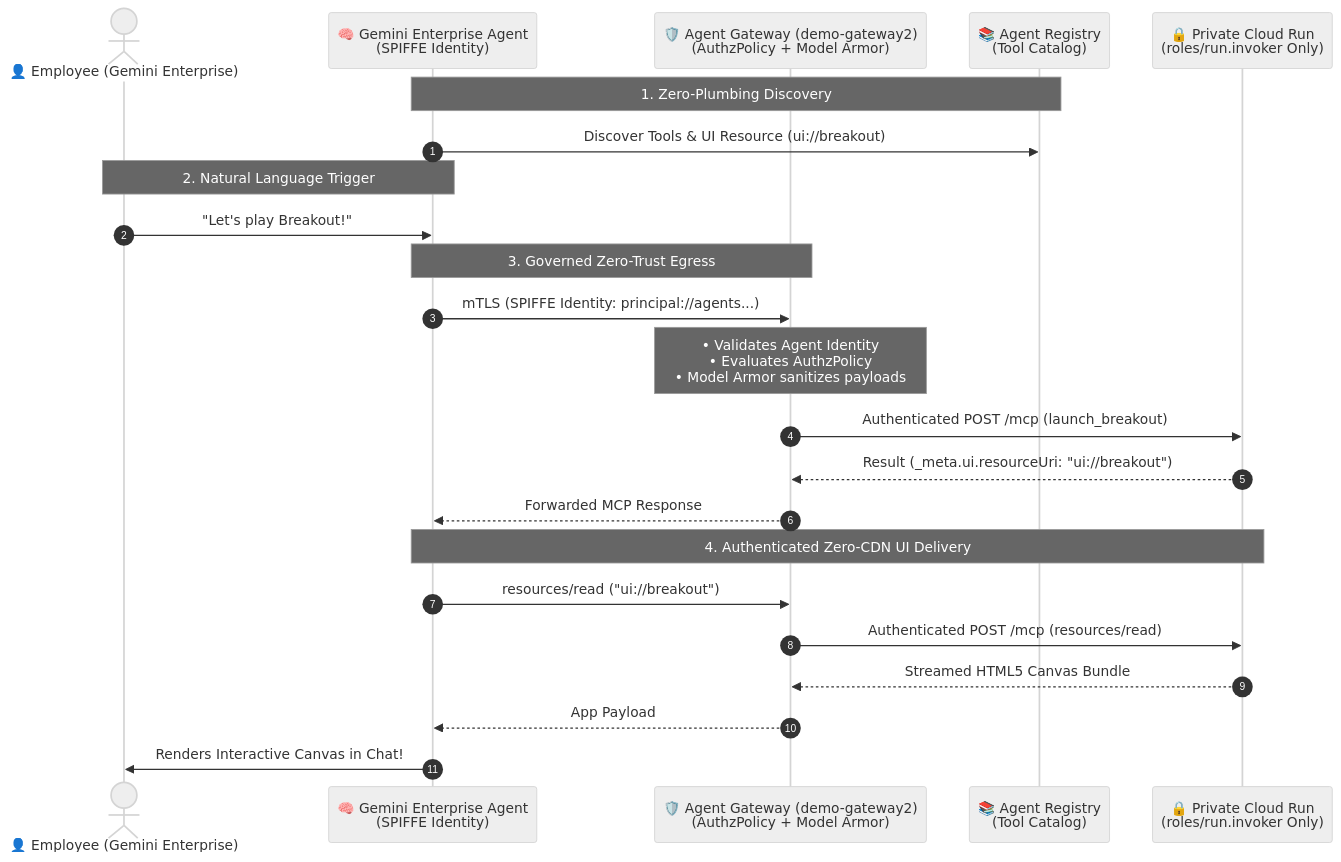
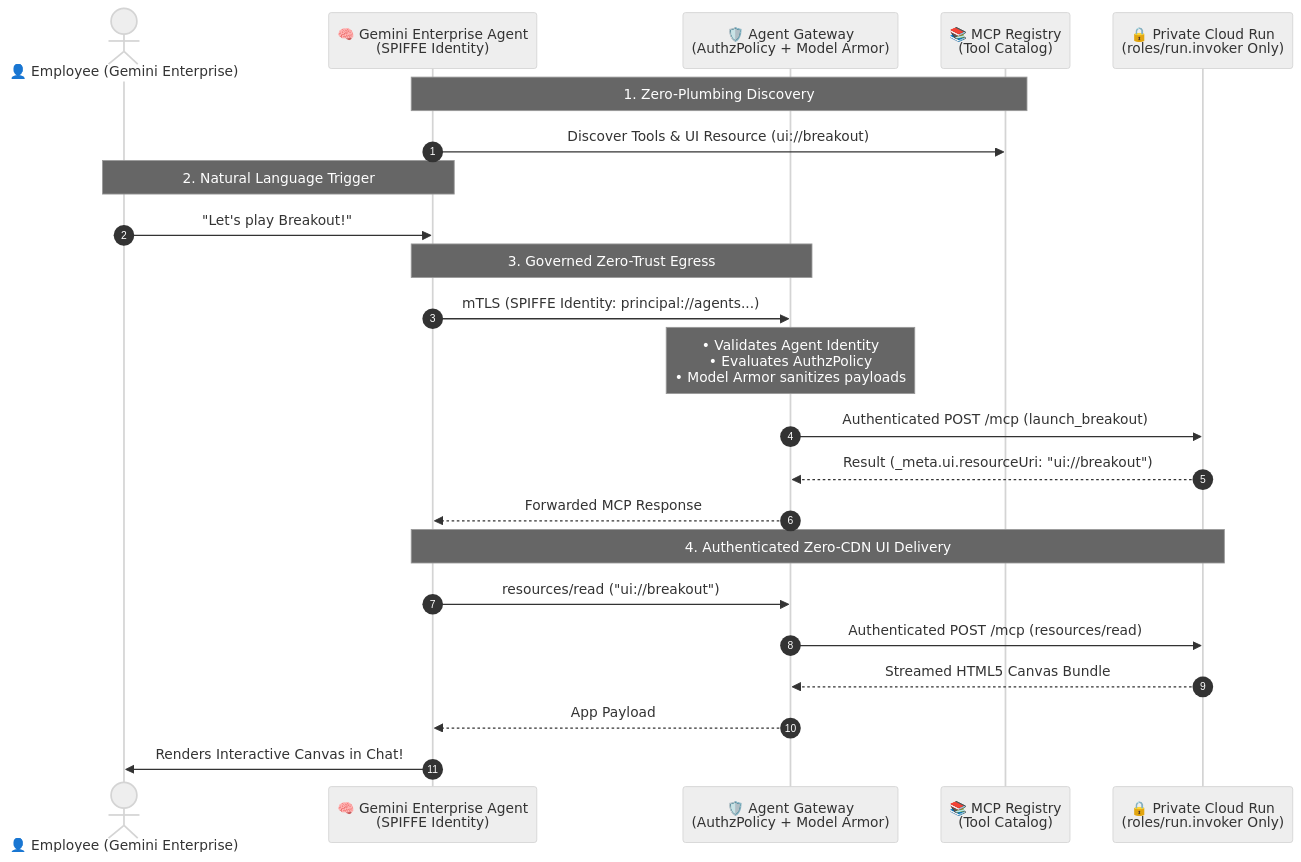
One commit to spaulds/mcp-app-breakout-ge changed the diagram in README.md. Above: the diagram before and after it, drawn with Mermaid (neutral theme). The commit also changed other lines of this file and 1 other file, not shown here.

Commit message:
docs: remove specific gateway names, adopt MCP Registry console naming, and document regionality requirements

````diff
--- a/README.md
+++ b/README.md
@@ -14,29 +14,29 @@
 ```mermaid
 sequenceDiagram
     autonumber
     actor User as 👤 Employee (Gemini Enterprise)
     participant GE as 🧠 Gemini Enterprise Agent<br/>(SPIFFE Identity)
-    participant AGW as 🛡️ Agent Gateway (demo-gateway2)<br/>(AuthzPolicy + Model Armor)
-    participant REG as 📚 Agent Registry<br/>(Tool Catalog)
+    participant AGW as 🛡️ Agent Gateway<br/>(AuthzPolicy + Model Armor)
+    participant REG as 📚 MCP Registry<br/>(Tool Catalog)
     participant CR as 🔒 Private Cloud Run<br/>(roles/run.invoker Only)
 
     Note over GE,REG: 1. Zero-Plumbing Discovery
     GE->>REG: Discover Tools & UI Resource (ui://breakout)
     
     Note over User,GE: 2. Natural Language Trigger
     User->>GE: "Let's play Breakout!"
     
     Note over GE,AGW: 3. Governed Zero-Trust Egress
     GE->>AGW: mTLS (SPIFFE Identity: principal://agents...)
     Note over AGW: • Validates Agent Identity<br/>• Evaluates AuthzPolicy<br/>• Model Armor sanitizes payloads
     AGW->>CR: Authenticated POST /mcp (launch_breakout)
     CR-->>AGW: Result (_meta.ui.resourceUri: "ui://breakout")
     AGW-->>GE: Forwarded MCP Response
 
     Note over GE,CR: 4. Authenticated Zero-CDN UI Delivery
     GE->>AGW: resources/read ("ui://breakout")
     AGW->>CR: Authenticated POST /mcp (resources/read)
     CR-->>AGW: Streamed HTML5 Canvas Bundle
     AGW-->>GE: App Payload
     GE->>User: Renders Interactive Canvas in Chat!
 ```
````
